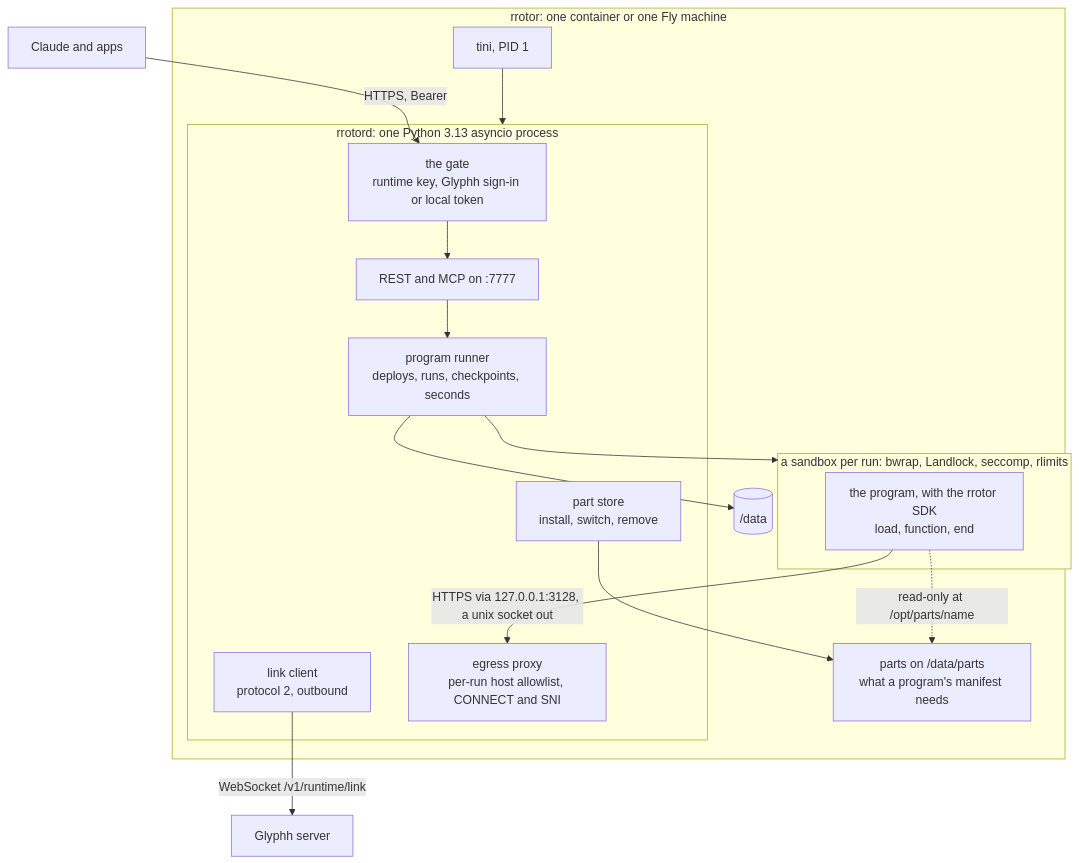
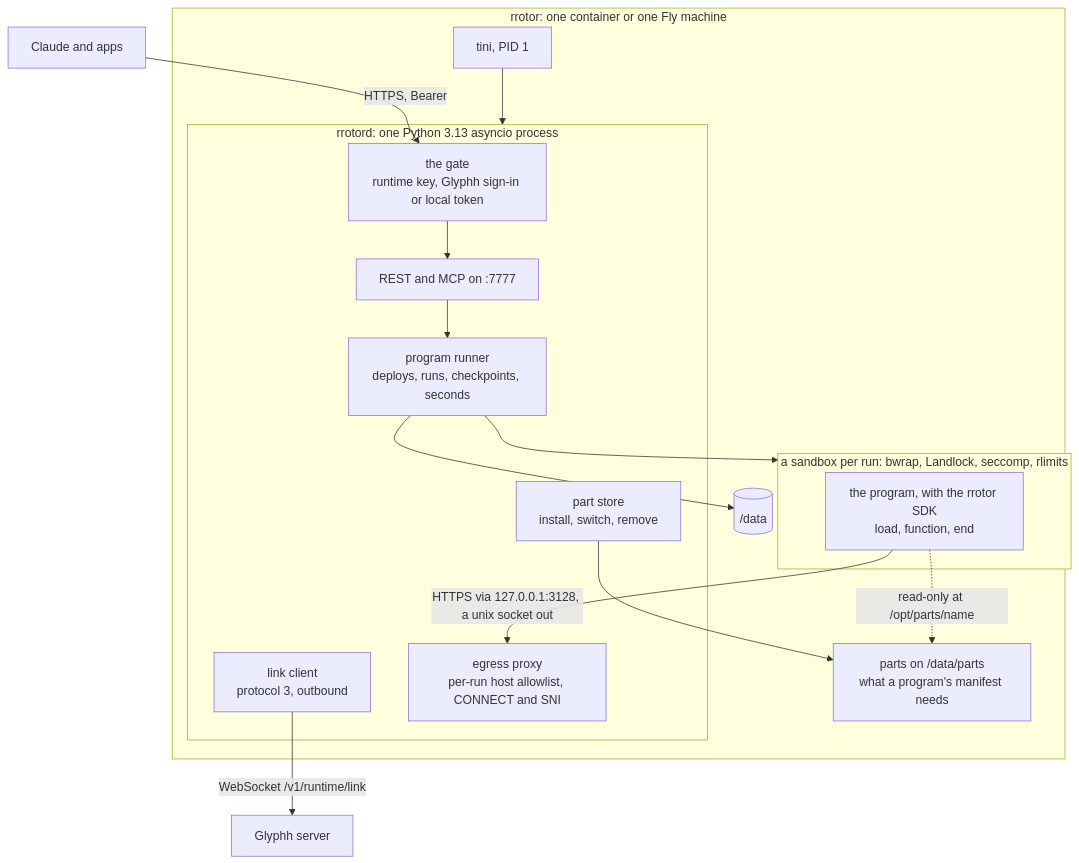
Before and after one commit to glyphh-ai/rrotor: the fourth of 5 diagrams in docs/architecture.md, drawn with Mermaid. The commit also changed other lines of this file and 26 other files, not shown here.

First line of the commit message:
rrotor 0.3.0: apps of every type Claude makes, and link protocol 3 (#34)

````diff
--- a/docs/architecture.md
+++ b/docs/architecture.md
@@ -170,29 +170,29 @@
 ```mermaid
 flowchart TB
     subgraph R["rrotor: one container or one Fly machine"]
         Tini["tini, PID 1"]
         subgraph D["rrotord: one Python 3.13 asyncio process"]
             Gate["the gate<br/>runtime key, Glyphh sign-in or local token"]
             API["REST and MCP on :7777"]
-            Link["link client<br/>protocol 2, outbound"]
+            Link["link client<br/>protocol 3, outbound"]
             Runner["program runner<br/>deploys, runs, checkpoints, seconds"]
             Proxy["egress proxy<br/>per-run host allowlist, CONNECT and SNI"]
             Parts["part store<br/>install, switch, remove"]
         end
         subgraph S["a sandbox per run: bwrap, Landlock, seccomp, rlimits"]
             Program["the program, with the rrotor SDK<br/>load, function, end"]
         end
         Installed["parts on /data/parts<br/>what a program's manifest needs"]
         Data[("/data")]
         Tini --> D
         Gate --> API
         API --> Runner
         Runner --> S
         Parts --> Installed
         Program -- "HTTPS via 127.0.0.1:3128, a unix socket out" --> Proxy
         Program -. "read-only at /opt/parts/name" .-> Installed
         Runner --> Data
     end
     Callers["Claude and apps"] -- "HTTPS, Bearer" --> Gate
     Link -- "WebSocket /v1/runtime/link" --> Server["Glyphh server"]
 ```
````
